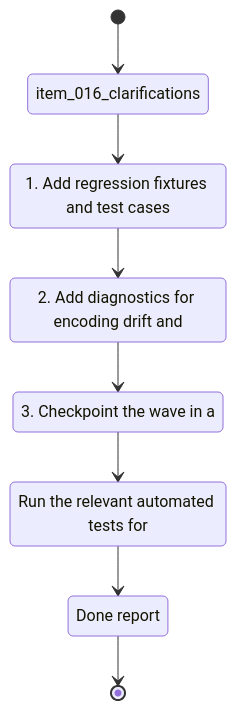
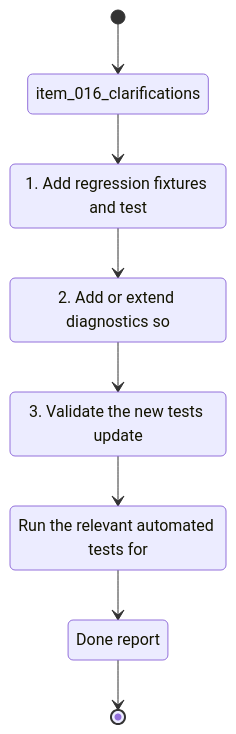
Before and after one commit to Jilanos/Coach_garmin: the diagram in logics/tasks/task_017_french_text_encoding_regression_tests_and_diagnostics.md, drawn with Mermaid. The commit also changed other lines of this file and 36 other files, not shown here.

````diff
--- a/logics/tasks/task_017_french_text_encoding_regression_tests_and_diagnostics.md
+++ b/logics/tasks/task_017_french_text_encoding_regression_tests_and_diagnostics.md
@@ -21,18 +21,18 @@
 ```mermaid
 %% logics-kind: task
 %% logics-signature: task|french-text-encoding-regression-tests-an|item-016-clarifications|1-add-regression-fixtures-and-test|run-the-relevant-automated-tests-for
 stateDiagram-v2
     state "item_016_clarifications" as Backlog
-    state "1. Add regression fixtures and test cases" as Scope
-    state "2. Add diagnostics for encoding drift and" as Build
-    state "3. Checkpoint the wave in a" as Verify
+    state "1. Add regression fixtures and test" as Scope
+    state "2. Add or extend diagnostics so" as Build
+    state "3. Validate the new tests update" as Verify
     state "Run the relevant automated tests for" as Validation
     state "Done report" as Report
     [*] --> Backlog
     Backlog --> Scope
     Scope --> Build
     Build --> Verify
     Verify --> Validation
     Validation --> Report
     Report --> [*]
 ```
````
